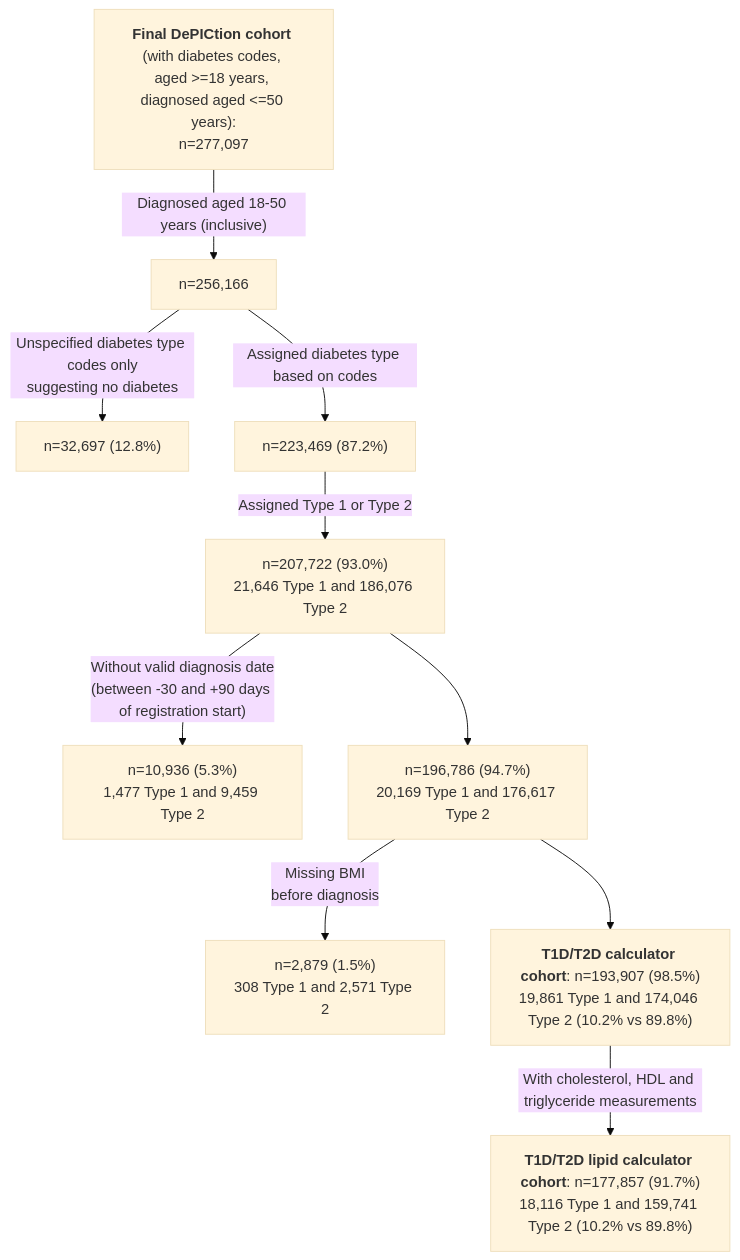
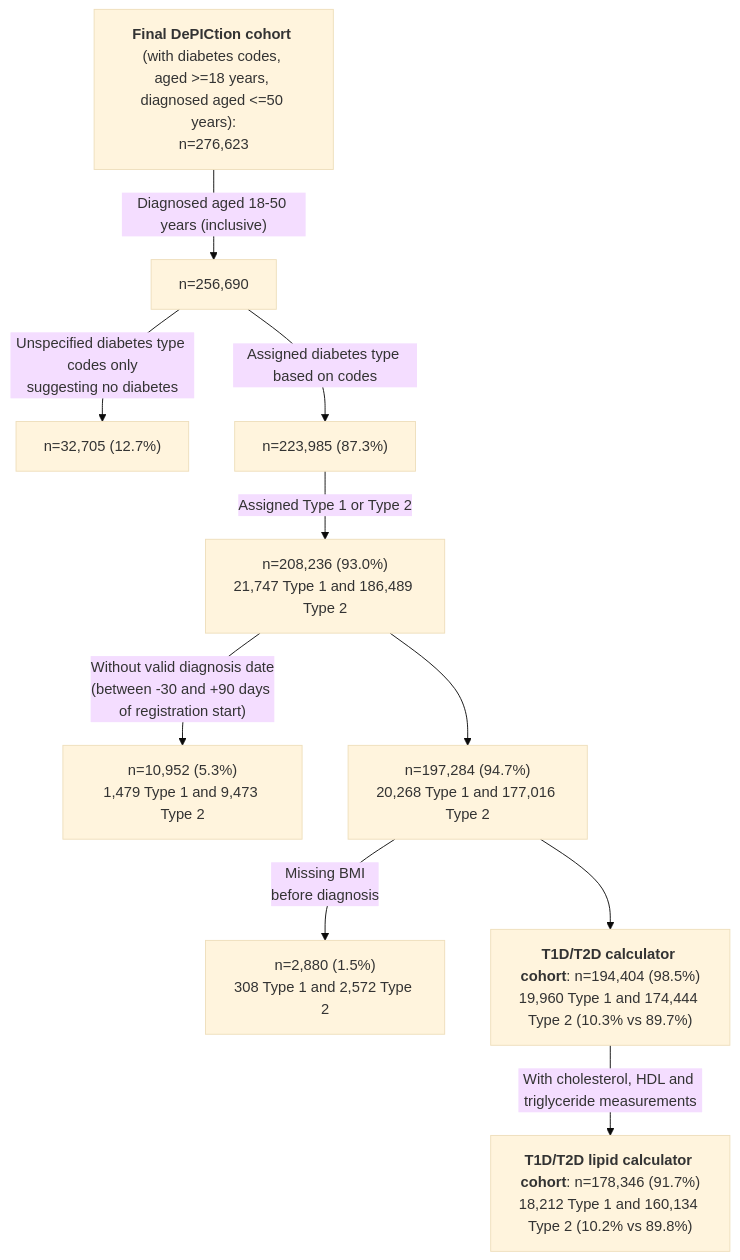
The fourth of 4 diagrams in README.md (Exeter-Diabetes/CPRD-Katie-DePICtion-Scripts), drawn with Mermaid (base theme) before and after one commit. The commit also changed other lines of this file, not shown here.

````diff
--- a/README.md
+++ b/README.md
@@ -180,12 +181,12 @@
 ```mermaid
 graph TD;
-    A["<b>Final DePICtion cohort</b> (with diabetes codes, <br>aged >=18 years, diagnosed aged <=50 years):<br>n=277,097"] --> |"Diagnosed aged 18-50 years (inclusive)"| B["n=256,166"]
-    B --> |"Unspecified diabetes type codes only<br>suggesting no diabetes"| C["n=32,697 (12.8%)"]
-    B --> |"Assigned diabetes type based on codes"| D["n=223,469 (87.2%)"]
-    D --> |"Assigned Type 1 or Type 2"| E["n=207,722 (93.0%)<br>21,646 Type 1 and 186,076 Type 2"]
-    E --> |"Without valid diagnosis date<br>(between -30 and +90 days of registration start)"| F["n=10,936 (5.3%)<br>1,477 Type 1 and 9,459 Type 2"]
-    E --> G["n=196,786 (94.7%)<br>20,169 Type 1 and 176,617 Type 2"]
-    G --> |"Missing BMI<br>before diagnosis"|H["n=2,879 (1.5%)<br>308 Type 1 and 2,571 Type 2"]
-    G --> I["<b>T1D/T2D calculator cohort</b>: n=193,907 (98.5%)<br>19,861 Type 1 and 174,046 Type 2 (10.2% vs 89.8%)"]
-    I --> |"With cholesterol, HDL and triglyceride measurements"|J["<b>T1D/T2D lipid calculator cohort</b>: n=177,857 (91.7%)<br>18,116 Type 1 and 159,741 Type 2 (10.2% vs 89.8%)"]
+    A["<b>Final DePICtion cohort</b> (with diabetes codes, <br>aged >=18 years, diagnosed aged <=50 years):<br>n=276,623"] --> |"Diagnosed aged 18-50 years (inclusive)"| B["n=256,690"]
+    B --> |"Unspecified diabetes type codes only<br>suggesting no diabetes"| C["n=32,705 (12.7%)"]
+    B --> |"Assigned diabetes type based on codes"| D["n=223,985 (87.3%)"]
+    D --> |"Assigned Type 1 or Type 2"| E["n=208,236 (93.0%)<br>21,747 Type 1 and 186,489 Type 2"]
+    E --> |"Without valid diagnosis date<br>(between -30 and +90 days of registration start)"| F["n=10,952 (5.3%)<br>1,479 Type 1 and 9,473 Type 2"]
+    E --> G["n=197,284 (94.7%)<br>20,268 Type 1 and 177,016 Type 2"]
+    G --> |"Missing BMI<br>before diagnosis"|H["n=2,880 (1.5%)<br>308 Type 1 and 2,572 Type 2"]
+    G --> I["<b>T1D/T2D calculator cohort</b>: n=194,404 (98.5%)<br>19,960 Type 1 and 174,444 Type 2 (10.3% vs 89.7%)"]
+    I --> |"With cholesterol, HDL and triglyceride measurements"|J["<b>T1D/T2D lipid calculator cohort</b>: n=178,346 (91.7%)<br>18,212 Type 1 and 160,134 Type 2 (10.2% vs 89.8%)"]
 ```
````
